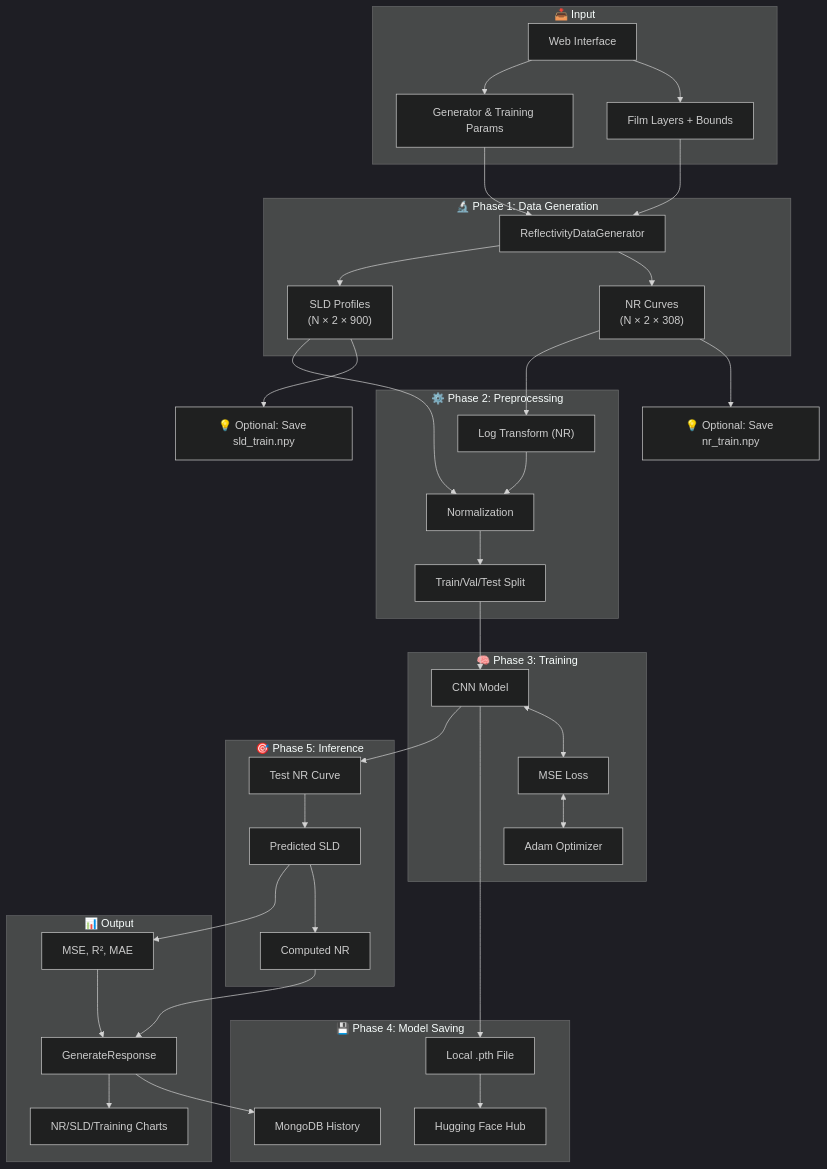
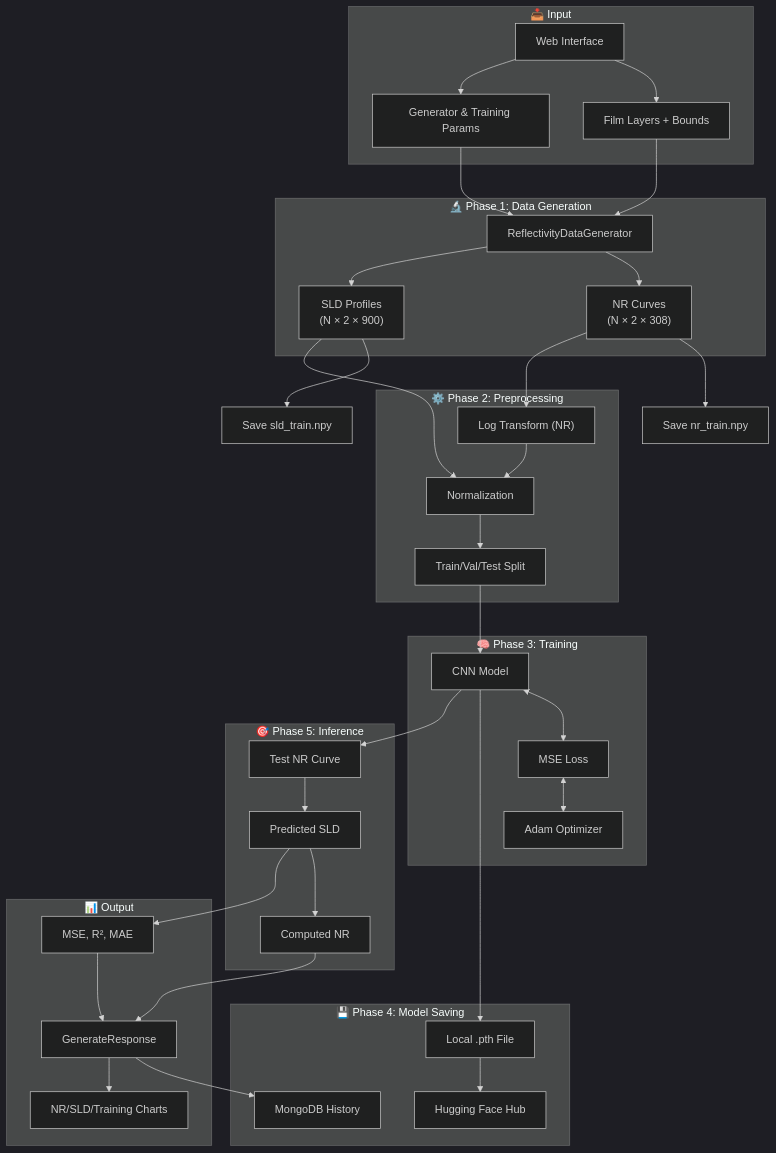
The first of 5 diagrams in docs/FLOW.md (Northeastern-Research-ORNL-1/pyreflect-interface), drawn with Mermaid (dark theme) before and after one commit. The commit also changed other lines of this file and 8 other files, not shown here.

Commit message:
feat: save .npy on hf

````diff
--- a/docs/FLOW.md
+++ b/docs/FLOW.md
@@ -7,61 +7,61 @@
 ```mermaid
 flowchart TD
     subgraph Input["📥 Input"]
         UI["Web Interface"]
         Layers["Film Layers + Bounds"]
         Params["Generator & Training Params"]
     end
 
     subgraph Generation["🔬 Phase 1: Data Generation"]
         RDG["ReflectivityDataGenerator"]
         NR["NR Curves<br/>(N × 2 × 308)"]
         SLD["SLD Profiles<br/>(N × 2 × 900)"]
     end
 
     subgraph Preprocessing["⚙️ Phase 2: Preprocessing"]
         Log["Log Transform (NR)"]
         Norm["Normalization"]
         Split["Train/Val/Test Split"]
     end
 
     subgraph Training["🧠 Phase 3: Training"]
         CNN["CNN Model"]
         Loss["MSE Loss"]
         Opt["Adam Optimizer"]
     end
 
     subgraph Saving["💾 Phase 4: Model Saving"]
         Local["Local .pth File"]
         HF["Hugging Face Hub"]
         Mongo["MongoDB History"]
     end
 
     subgraph Inference["🎯 Phase 5: Inference"]
         TestNR["Test NR Curve"]
         PredSLD["Predicted SLD"]
         CompNR["Computed NR"]
     end
 
     subgraph Output["📊 Output"]
         Result["GenerateResponse"]
         Charts["NR/SLD/Training Charts"]
         Metrics["MSE, R², MAE"]
     end
 
     UI --> Layers --> RDG
     UI --> Params --> RDG
-    RDG --> NR --> NPY_NR["💡 Optional: Save nr_train.npy"]
-    RDG --> SLD --> NPY_SLD["💡 Optional: Save sld_train.npy"]
+    RDG --> NR --> NPY_NR["Save nr_train.npy"]
+    RDG --> SLD --> NPY_SLD["Save sld_train.npy"]
     NR --> Log --> Norm --> Split --> CNN
     SLD --> Norm
     CNN <--> Loss
     Loss <--> Opt
     CNN --> Local
     Local --> HF
     CNN --> TestNR --> PredSLD --> CompNR
     PredSLD --> Metrics
     CompNR --> Result
     Metrics --> Result
     Result --> Mongo
     Result --> Charts
 ```
````
